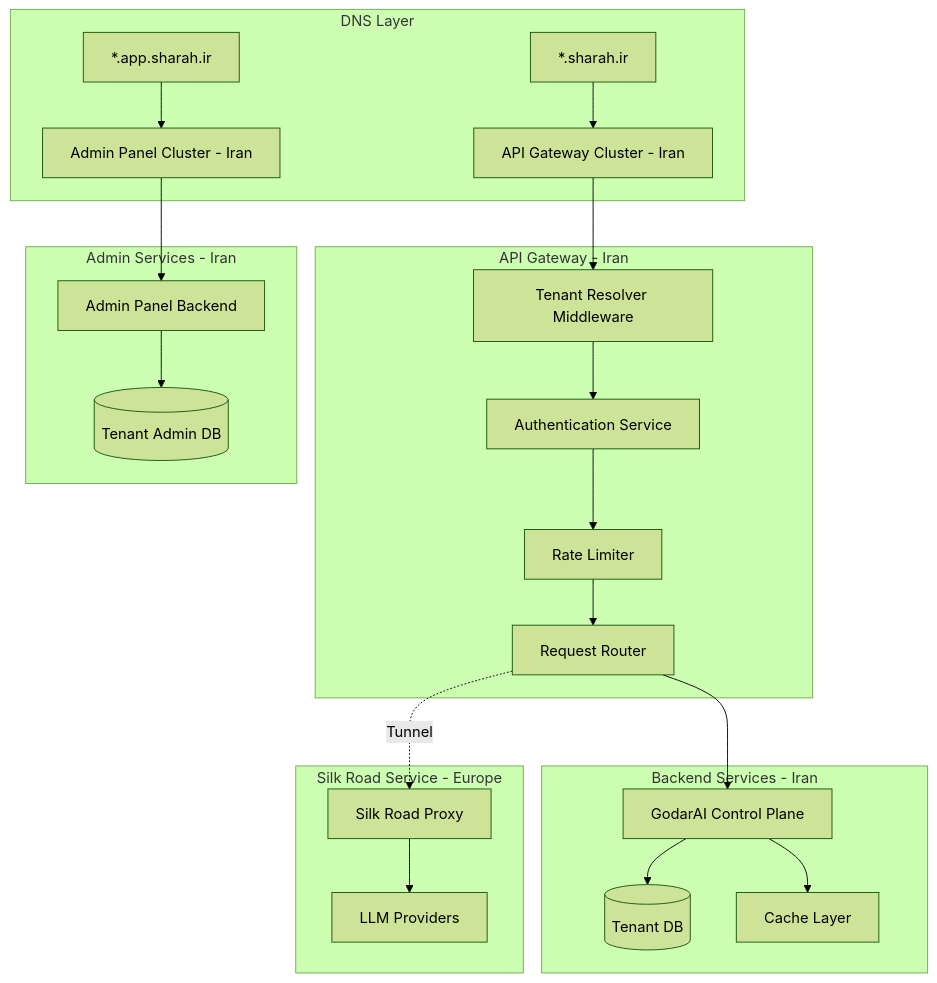
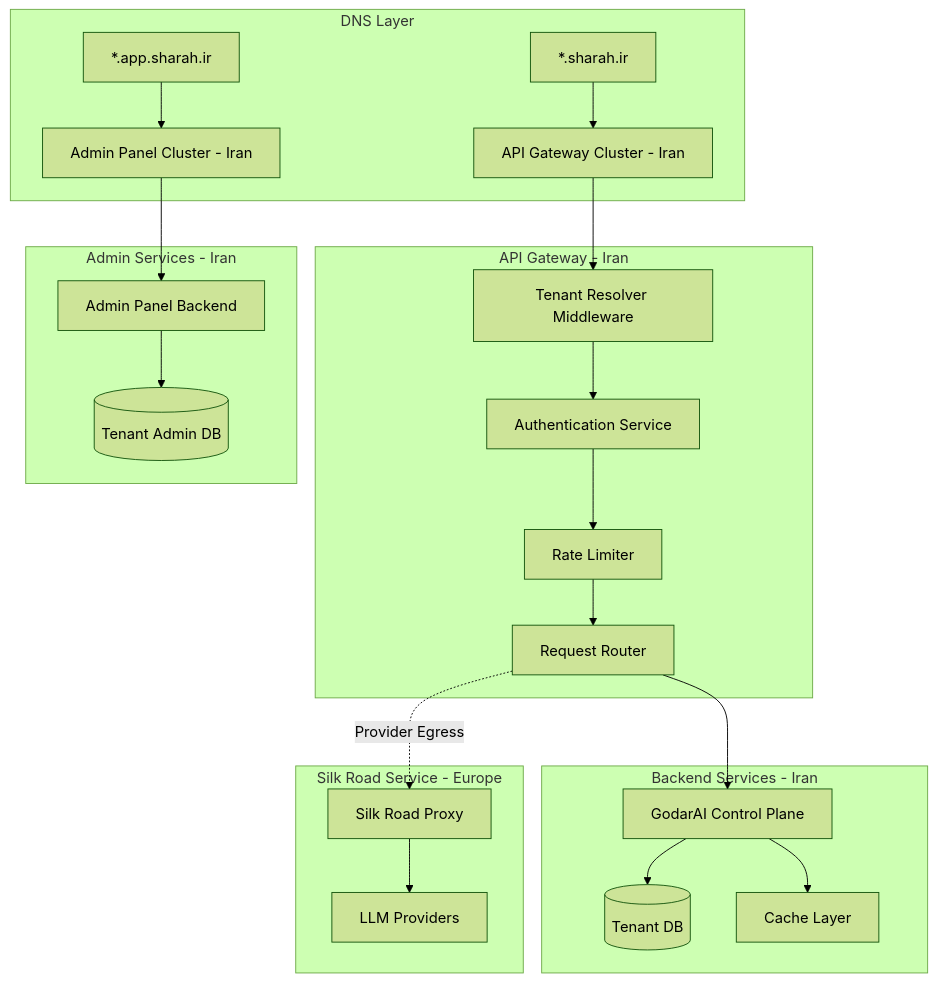
Before and after one commit to godarai-ir/Shahrah: the first of 4 diagrams in plans/03_subdomain_tenant_access.md, drawn with Mermaid (forest theme). The commit also changed 42 other files, not shown here.

````diff
--- a/plans/03_subdomain_tenant_access.md
+++ b/plans/03_subdomain_tenant_access.md
@@ -28,30 +28,30 @@
 ```mermaid
 graph TB
     subgraph "DNS Layer"
         A["*.sharah.ir"] --> B[API Gateway Cluster - Iran]
         C["*.app.sharah.ir"] --> D[Admin Panel Cluster - Iran]
     end
     
     subgraph "API Gateway - Iran"
         B --> E[Tenant Resolver Middleware]
         E --> F[Authentication Service]
         F --> G[Rate Limiter]
         G --> H[Request Router]
     end
     
     subgraph "Backend Services - Iran"
         H --> I[GodarAI Control Plane]
         I --> J[(Tenant DB)]
         I --> K[Cache Layer]
     end
     
     subgraph "Silk Road Service - Europe"
-        H -. Tunnel .-> L[Silk Road Proxy]
+        H -. Provider Egress .-> L[Silk Road Proxy]
         L --> M[LLM Providers]
     end
     
     subgraph "Admin Services - Iran"
         D --> N[Admin Panel Backend]
         N --> O[(Tenant Admin DB)]
     end
 ```
````
